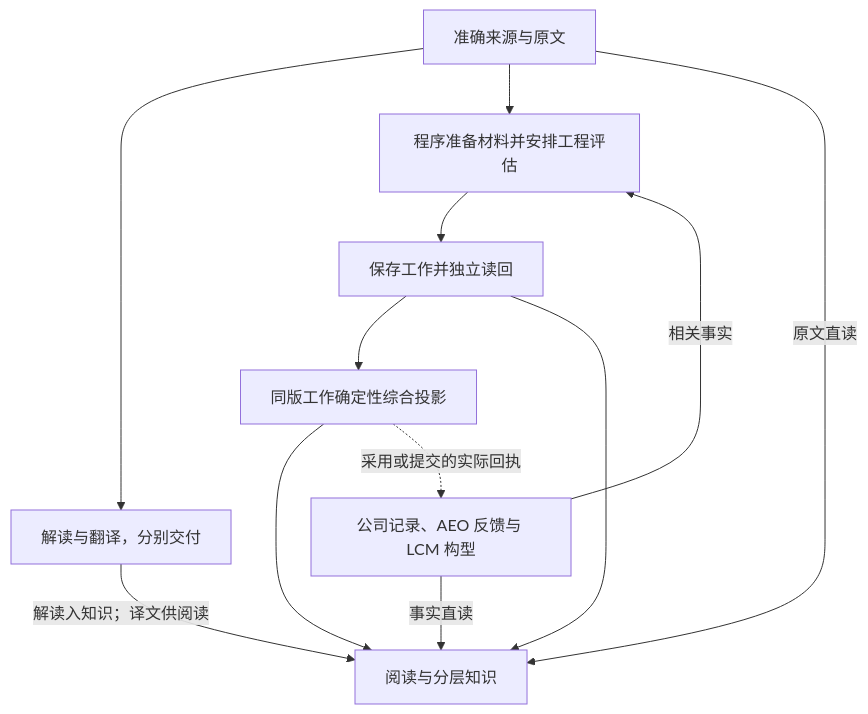
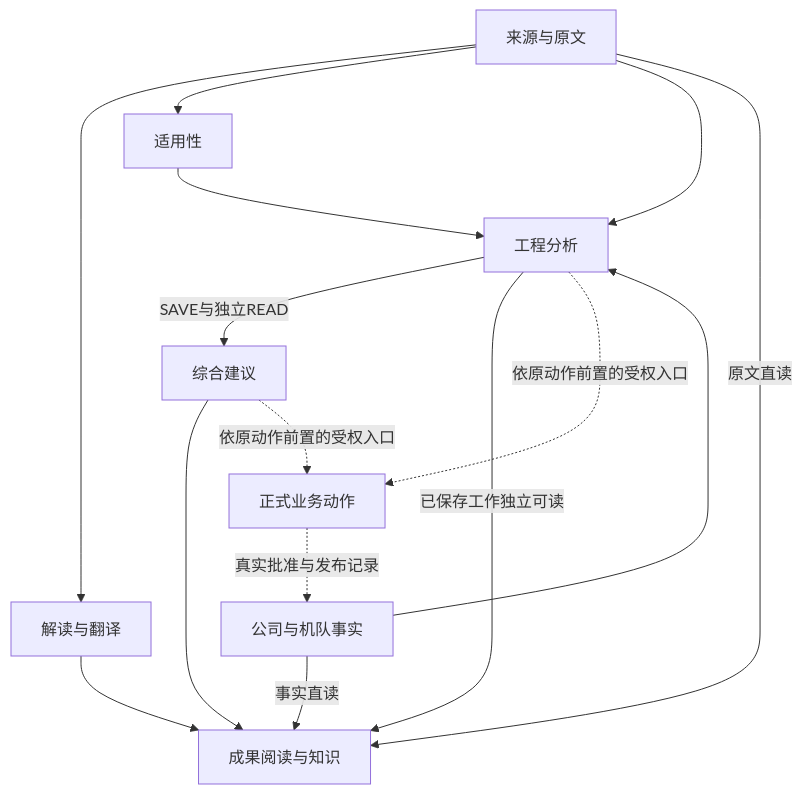
The first of 2 diagrams in docs/WISELINK_MAINLINE_GRAPH_CONTRACT.md (Liu-Xuan/WiseLink_Host), drawn with Mermaid before and after one commit. The commit also changed other lines of this file and 32 other files, not shown here.

````diff
--- a/docs/WISELINK_MAINLINE_GRAPH_CONTRACT.md
+++ b/docs/WISELINK_MAINLINE_GRAPH_CONTRACT.md
@@ -37,14 +15,17 @@
 ```mermaid
 flowchart TD
-    S["准确来源与原文"] --> D["解读与翻译，分别交付"]
-    S --> J["程序准备材料并安排工程评估"]
-    B["公司记录、AEO 反馈与 LCM 构型"] -->|"相关事实"| J
-    J --> W["保存工作并独立读回"]
-    W --> O["同版工作确定性综合投影"]
-    W --> K["阅读与分层知识"]
-    D -->|"解读入知识；译文供阅读"| K
+    S[来源与原文] --> R[解读与翻译]
+    S --> A[适用性]
+    S --> J[工程分析]
+    A --> J
+    F[公司与机队事实] --> J
+    J -->|SAVE与独立READ| O[综合建议]
+    J -->|已保存工作独立可读| K[成果阅读与知识]
     O --> K
-    S -->|"原文直读"| K
-    B -->|"事实直读"| K
-    O -. "采用或提交的实际回执" .-> B
+    R --> K
+    S -->|原文直读| K
+    F -->|事实直读| K
+    J -.依原动作前置的受权入口.-> B[正式业务动作]
+    O -.依原动作前置的受权入口.-> B
+    B -.真实批准与发布记录.-> F
 ```
````
